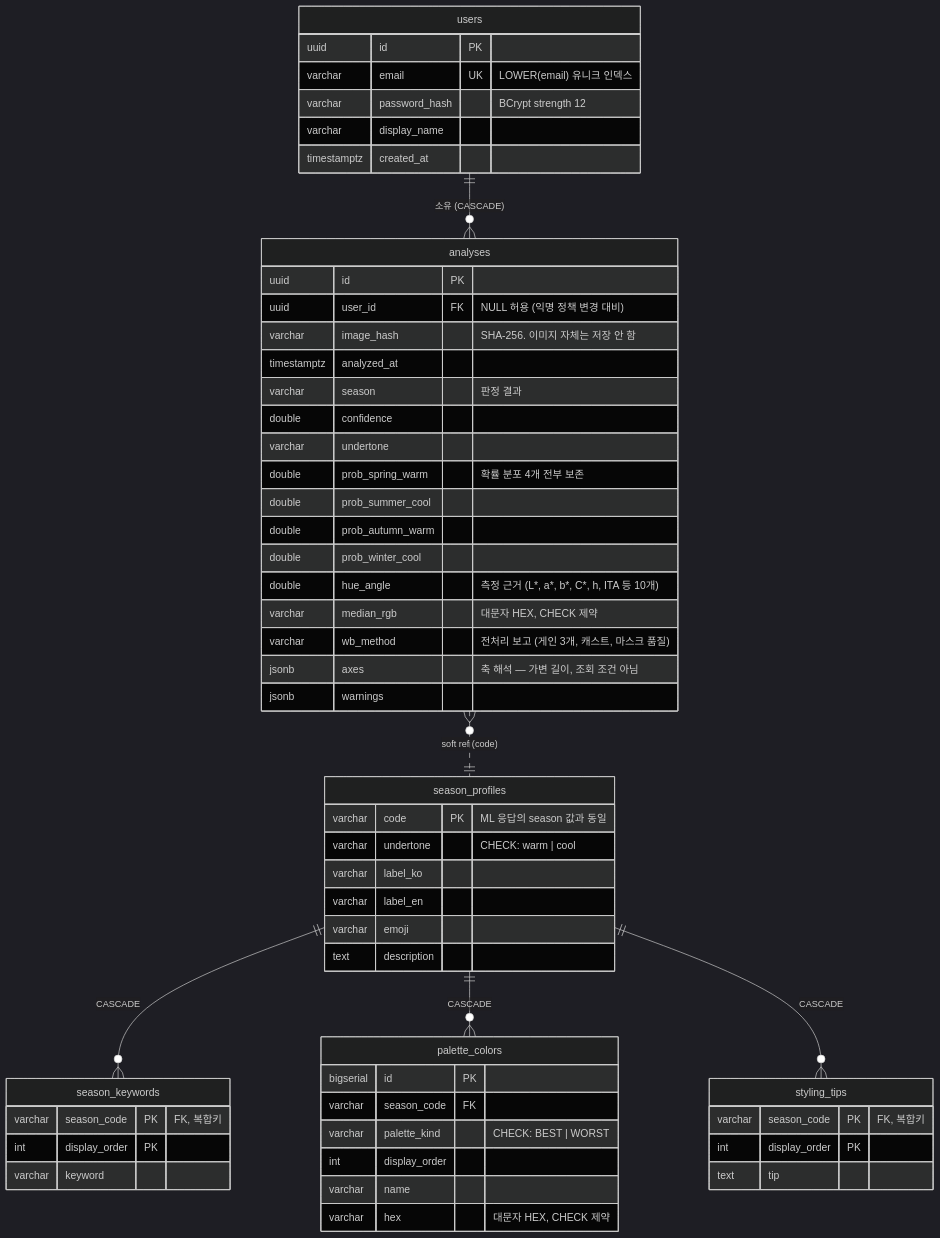
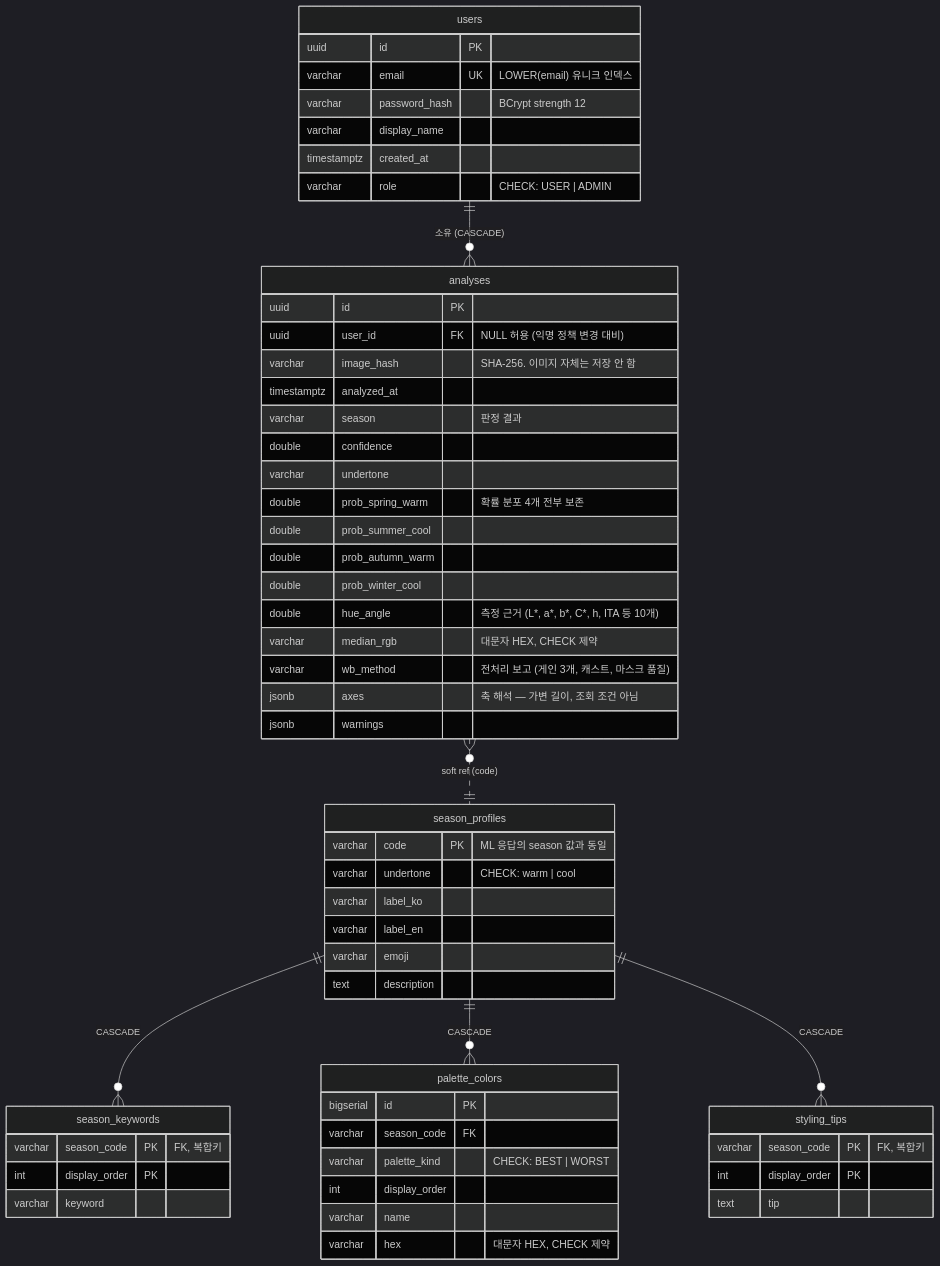
One commit to JUNGMIN0117/warm changed the diagram in README.md. Above: the diagram before and after it, drawn with Mermaid (dark theme). The commit also changed other lines of this file and 38 other files, not shown here.

````diff
--- a/README.md
+++ b/README.md
@@ -153,65 +153,66 @@
 ```mermaid
 erDiagram
     users ||--o{ analyses : "소유 (CASCADE)"
     season_profiles ||--o{ season_keywords : "CASCADE"
     season_profiles ||--o{ palette_colors : "CASCADE"
     season_profiles ||--o{ styling_tips : "CASCADE"
     analyses }o..|| season_profiles : "soft ref (code)"
 
     users {
         uuid id PK
         varchar email UK "LOWER(email) 유니크 인덱스"
         varchar password_hash "BCrypt strength 12"
         varchar display_name
         timestamptz created_at
+        varchar role "CHECK: USER | ADMIN"
     }
 
     analyses {
         uuid id PK
         uuid user_id FK "NULL 허용 (익명 정책 변경 대비)"
         varchar image_hash "SHA-256. 이미지 자체는 저장 안 함"
         timestamptz analyzed_at
         varchar season "판정 결과"
         double confidence
         varchar undertone
         double prob_spring_warm "확률 분포 4개 전부 보존"
         double prob_summer_cool
         double prob_autumn_warm
         double prob_winter_cool
         double hue_angle "측정 근거 (L*, a*, b*, C*, h, ITA 등 10개)"
         varchar median_rgb "대문자 HEX, CHECK 제약"
         varchar wb_method "전처리 보고 (게인 3개, 캐스트, 마스크 품질)"
         jsonb axes "축 해석 — 가변 길이, 조회 조건 아님"
         jsonb warnings
     }
 
     season_profiles {
         varchar code PK "ML 응답의 season 값과 동일"
         varchar undertone "CHECK: warm | cool"
         varchar label_ko
         varchar label_en
         varchar emoji
         text description
     }
 
     palette_colors {
         bigserial id PK
         varchar season_code FK
         varchar palette_kind "CHECK: BEST | WORST"
         int display_order
         varchar name
         varchar hex "대문자 HEX, CHECK 제약"
     }
 
     season_keywords {
         varchar season_code PK "FK, 복합키"
         int display_order PK
         varchar keyword
     }
 
     styling_tips {
         varchar season_code PK "FK, 복합키"
         int display_order PK
         text tip
     }
 ```
````
